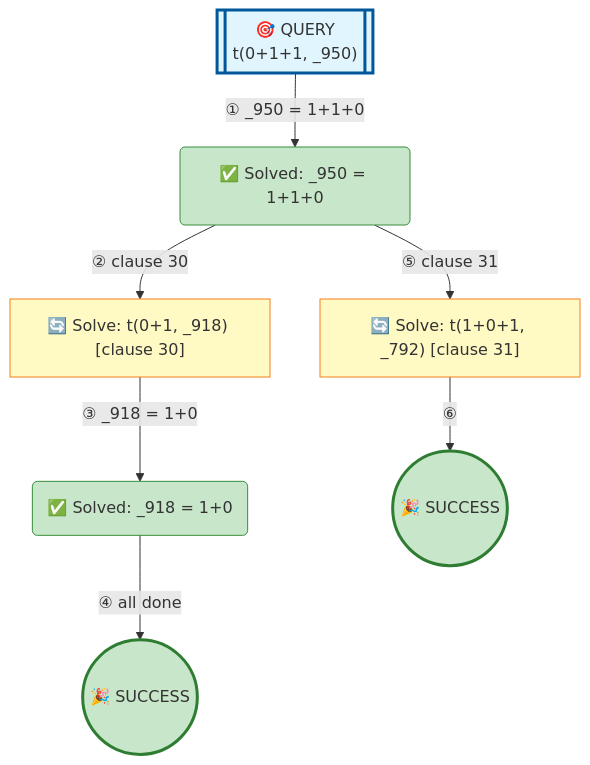
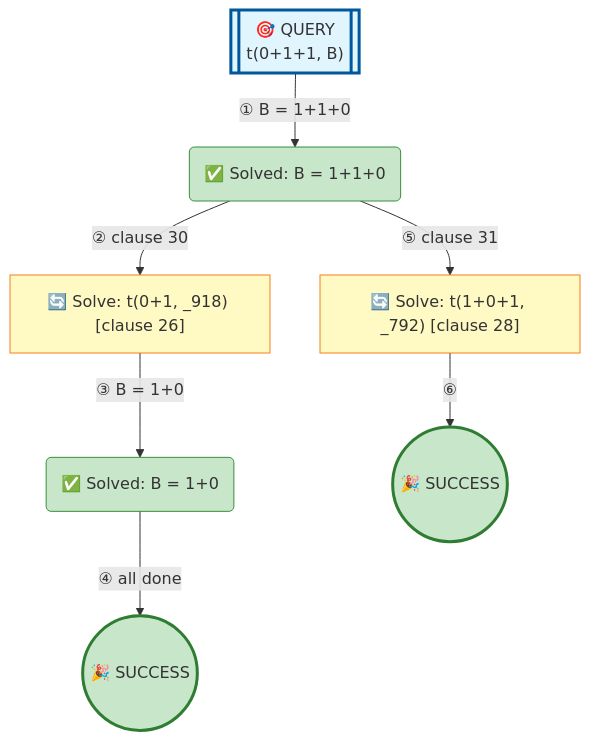
The diagram in examples/3_3_operators-minimal.md (jarecsni/prolog-trace-viz), drawn with Mermaid before and after one commit. The commit also changed other lines of this file and 26 other files, not shown here.

````diff
--- a/examples/3_3_operators-minimal.md
+++ b/examples/3_3_operators-minimal.md
@@ -17,29 +21,29 @@
 ```mermaid
 graph TD
 
 %% Nodes
-A[["🎯 QUERY<br/>t(0+1+1, _950)"]]
-B("✅ Solved: _950 = 1+1+0")
-C["🔄 Solve: t(0+1, _918) [clause 30]"]
-D("✅ Solved: _918 = 1+0")
+A[["🎯 QUERY<br/>t(0+1+1, B)"]]
+B("✅ Solved: B = 1+1+0")
+C["🔄 Solve: t(0+1, _918) [clause 26]"]
+D("✅ Solved: B = 1+0")
 E(("🎉 SUCCESS"))
-F["🔄 Solve: t(1+0+1, _792) [clause 31]"]
+F["🔄 Solve: t(1+0+1, _792) [clause 28]"]
 G(("🎉 SUCCESS"))
 
 %% Edges
-A -->|"① _950 = 1+1+0"| B
+A -->|"① B = 1+1+0"| B
 B -->|"② clause 30"| C
-C -->|"③ _918 = 1+0"| D
+C -->|"③ B = 1+0"| D
 D -->|"④ all done"| E
 B -->|"⑤ clause 31"| F
 F -->|"⑥"| G
 
 %% Styles
 style A fill:#e1f5ff,stroke:#01579b,stroke-width:3px
 style B fill:#c8e6c9,stroke:#388e3c
 style C fill:#fff9c4,stroke:#f57f17
 style D fill:#c8e6c9,stroke:#388e3c
 style E fill:#c8e6c9,stroke:#2e7d32,stroke-width:3px
 style F fill:#fff9c4,stroke:#f57f17
 style G fill:#c8e6c9,stroke:#2e7d32,stroke-width:3px
 ```
````
